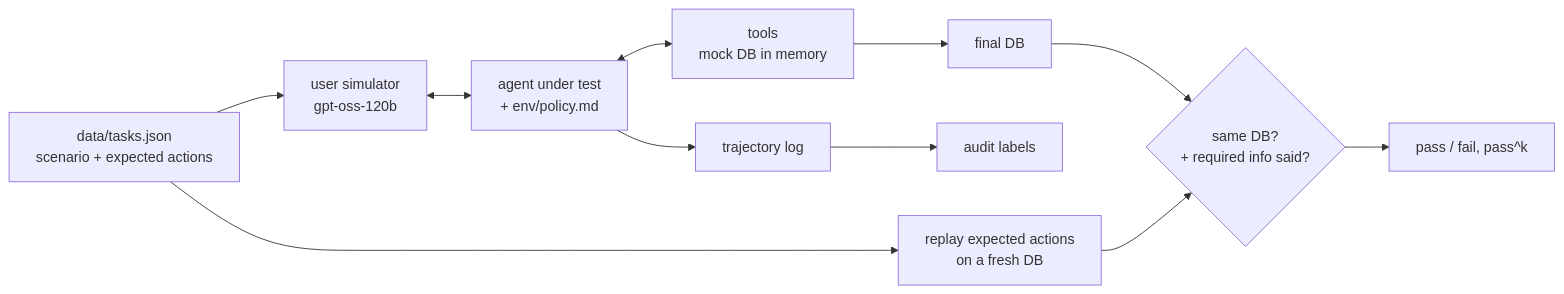
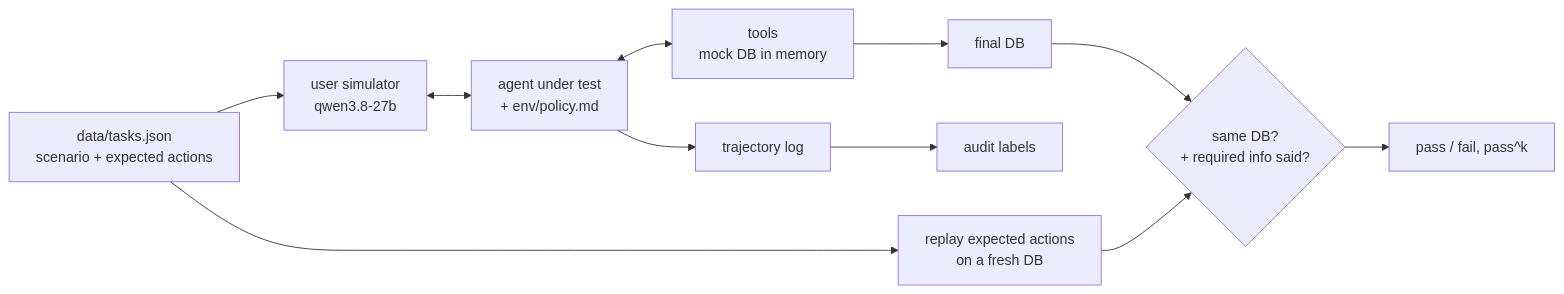
The diagram in README.md (adp-blip/toolcall-agent-audit), drawn with Mermaid before and after one commit. The commit also changed other lines of this file and 26 other files, not shown here.

Commit message:
Add gpt-oss-20b results (12 tasks x 2 trials) and failure audit

````diff
--- a/README.md
+++ b/README.md
@@ -13,12 +13,12 @@
 ```mermaid
 flowchart LR
-  T["data/tasks.json<br/>scenario + expected actions"] --> U["user simulator<br/>gpt-oss-120b"]
+  T["data/tasks.json<br/>scenario + expected actions"] --> U["user simulator<br/>qwen3.8-27b"]
   U <--> A["agent under test<br/>+ env/policy.md"]
   A <--> E["tools<br/>mock DB in memory"]
   E --> D["final DB"]
   T --> X["replay expected actions<br/>on a fresh DB"]
   D --> G{"same DB?<br/>+ required info said?"}
   X --> G
   G --> R["pass / fail, pass^k"]
   A --> L["trajectory log"] --> AU["audit labels"]
 ```
````
